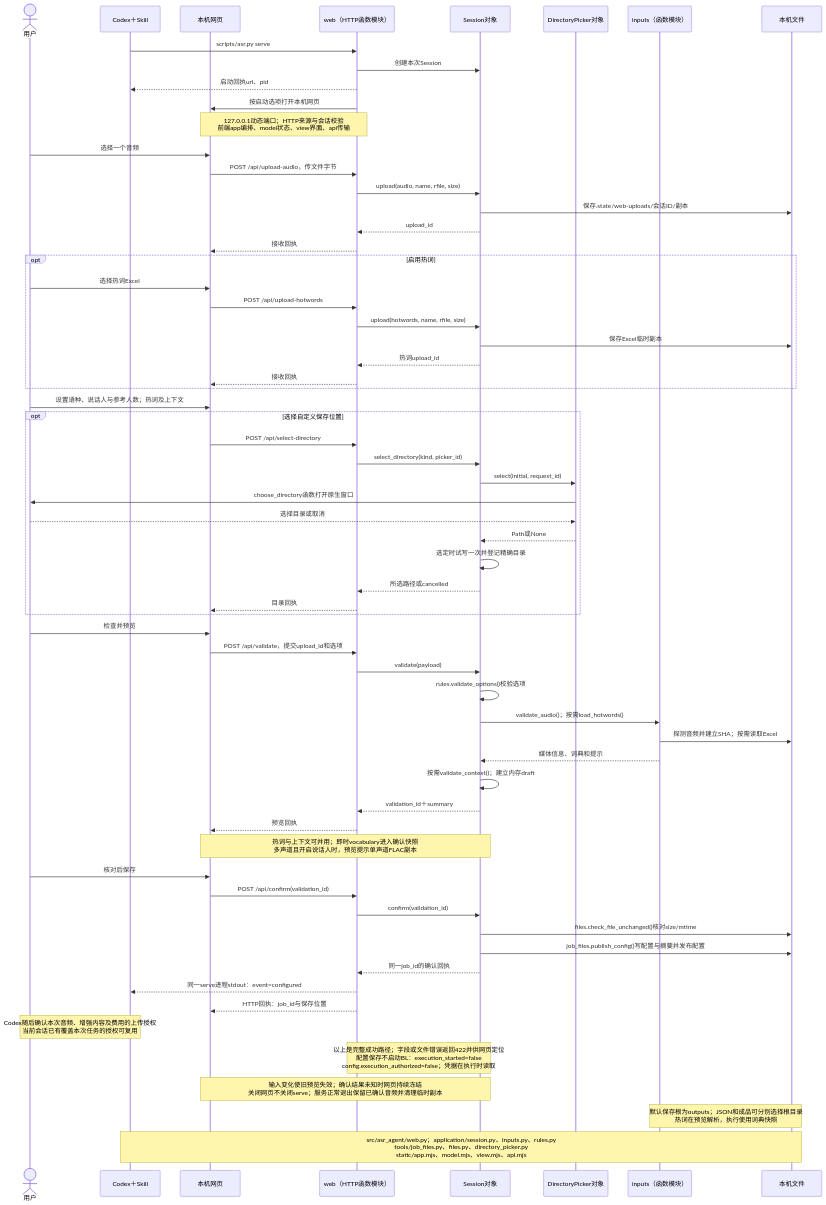
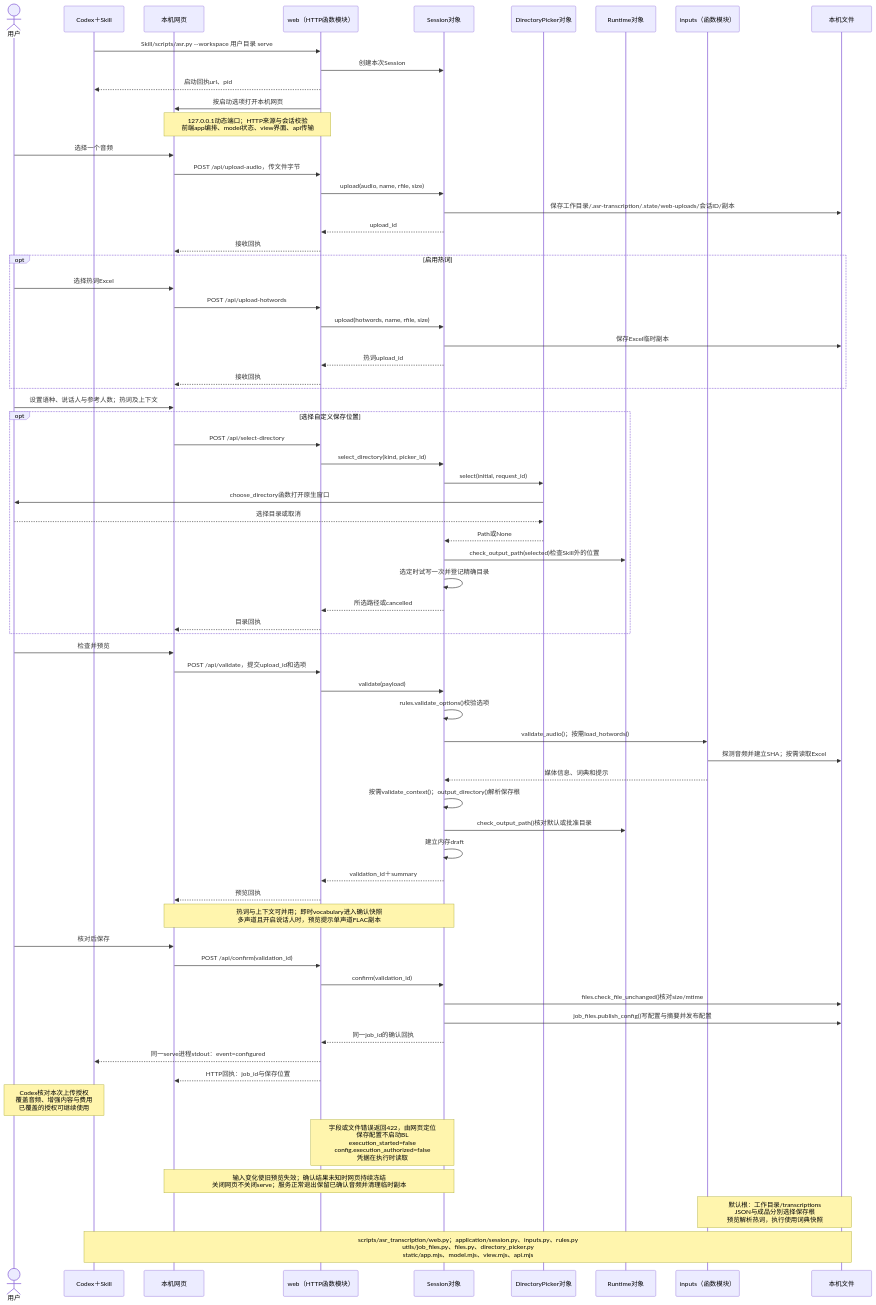
Before and after one commit to hx101700/asr-agent: the diagram in doc/uml/03-configure.mmd, drawn with Mermaid. The commit also changed 131 other files, not shown here.

Commit message:
refactor: deliver transcription skill with explicit write boundaries

```diff
--- a/doc/uml/03-configure.mmd
+++ b/doc/uml/03-configure.mmd
@@ -1,64 +1,68 @@
 sequenceDiagram
 actor U as 用户
 participant C as Codex＋Skill
 participant W as 本机网页
 participant H as web（HTTP函数模块）
 participant S as Session对象
 participant P as DirectoryPicker对象
+participant R as Runtime对象
 participant I as inputs（函数模块）
 participant F as 本机文件
-C->>H: scripts/asr.py serve
+C->>H: Skill/scripts/asr.py --workspace 用户目录 serve
 H->>S: 创建本次Session
 H-->>C: 启动回执url、pid
 H->>W: 按启动选项打开本机网页
 Note over W,H: 127.0.0.1动态端口；HTTP来源与会话校验<br/>前端app编排、model状态、view界面、api传输
 U->>W: 选择一个音频
 W->>H: POST /api/upload-audio，传文件字节
 H->>S: upload(audio, name, rfile, size)
-S->>F: 保存.state/web-uploads/会话ID/副本
+S->>F: 保存工作目录/.asr-transcription/.state/web-uploads/会话ID/副本
 S-->>H: upload_id
 H-->>W: 接收回执
 opt 启用热词
     U->>W: 选择热词Excel
     W->>H: POST /api/upload-hotwords
     H->>S: upload(hotwords, name, rfile, size)
     S->>F: 保存Excel临时副本
     S-->>H: 热词upload_id
     H-->>W: 接收回执
 end
 U->>W: 设置语种、说话人与参考人数；热词及上下文
 opt 选择自定义保存位置
     W->>H: POST /api/select-directory
     H->>S: select_directory(kind, picker_id)
     S->>P: select(initial, request_id)
     P->>U: choose_directory函数打开原生窗口
     U-->>P: 选择目录或取消
     P-->>S: Path或None
+    S->>R: check_output_path(selected)检查Skill外的位置
     S->>S: 选定时试写一次并登记精确目录
     S-->>H: 所选路径或cancelled
     H-->>W: 目录回执
 end
 U->>W: 检查并预览
 W->>H: POST /api/validate，提交upload_id和选项
 H->>S: validate(payload)
 S->>S: rules.validate_options()校验选项
 S->>I: validate_audio()；按需load_hotwords()
 I->>F: 探测音频并建立SHA；按需读取Excel
 I-->>S: 媒体信息、词典和提示
-S->>S: 按需validate_context()；建立内存draft
+S->>S: 按需validate_context()；output_directory()解析保存根
+S->>R: check_output_path()核对默认或批准目录
+S->>S: 建立内存draft
 S-->>H: validation_id＋summary
 H-->>W: 预览回执
 Note over W,S: 热词与上下文可并用；即时vocabulary进入确认快照<br/>多声道且开启说话人时，预览提示单声道FLAC副本
 U->>W: 核对后保存
 W->>H: POST /api/confirm(validation_id)
 H->>S: confirm(validation_id)
 S->>F: files.check_file_unchanged()核对size/mtime
 S->>F: job_files.publish_config()写配置与摘要并发布配置
 S-->>H: 同一job_id的确认回执
 H-->>C: 同一serve进程stdout：event=configured
 H-->>W: HTTP回执：job_id与保存位置
-Note over U,C: Codex随后确认本次音频、增强内容及费用的上传授权<br/>当前会话已有覆盖本次任务的授权可复用
-Note over H,S: 以上是完整成功路径；字段或文件错误返回422并供网页定位<br/>配置保存不启动BL：execution_started=false<br/>config.execution_authorized=false；凭据在执行时读取
+Note over U,C: Codex核对本次上传授权<br/>覆盖音频、增强内容与费用<br/>已覆盖的授权可继续使用
+Note over H,S: 字段或文件错误返回422，由网页定位<br/>保存配置不启动BL<br/>execution_started=false<br/>config.execution_authorized=false<br/>凭据在执行时读取
 Note over W,S: 输入变化使旧预览失效；确认结果未知时网页持续冻结<br/>关闭网页不关闭serve；服务正常退出保留已确认音频并清理临时副本
-Note over I,F: 默认保存根为outputs；JSON和成品可分别选择根目录<br/>热词在预览解析，执行使用词典快照
-Note over C,F: src/asr_agent/web.py；application/session.py、inputs.py、rules.py<br/>tools/job_files.py、files.py、directory_picker.py<br/>static/app.mjs、model.mjs、view.mjs、api.mjs
+Note over I,F: 默认根：工作目录/transcriptions<br/>JSON与成品分别选择保存根<br/>预览解析热词，执行使用词典快照
+Note over C,F: scripts/asr_transcription/web.py；application/session.py、inputs.py、rules.py<br/>utils/job_files.py、files.py、directory_picker.py<br/>static/app.mjs、model.mjs、view.mjs、api.mjs
```
